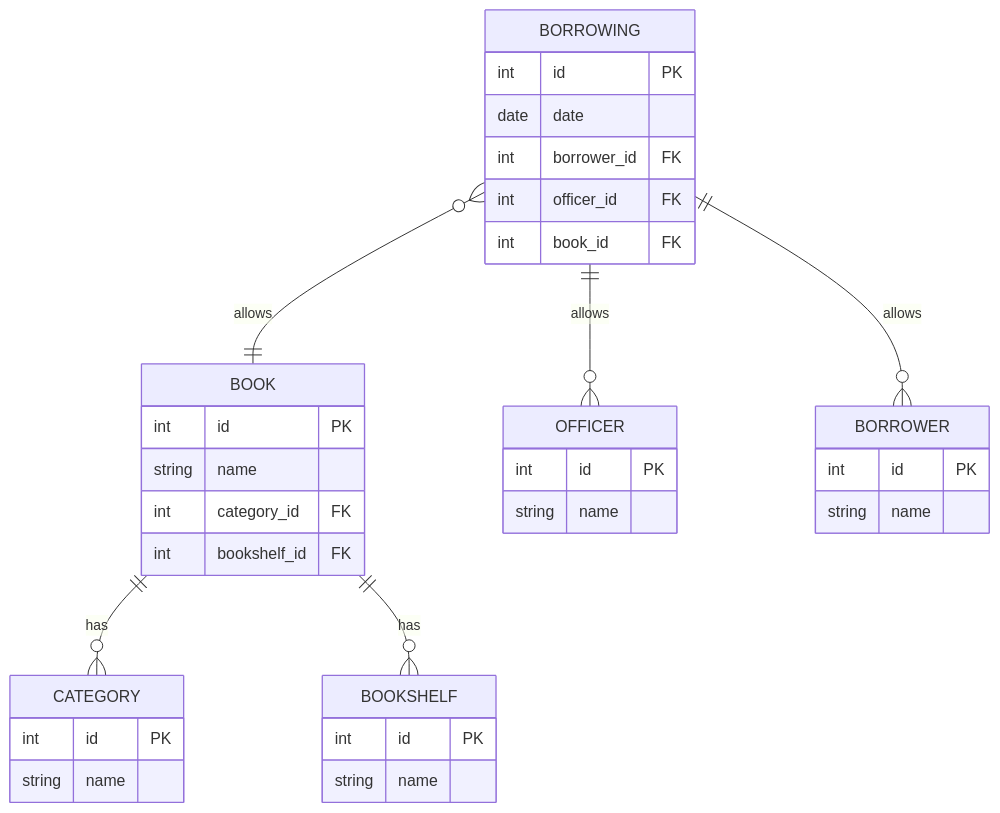
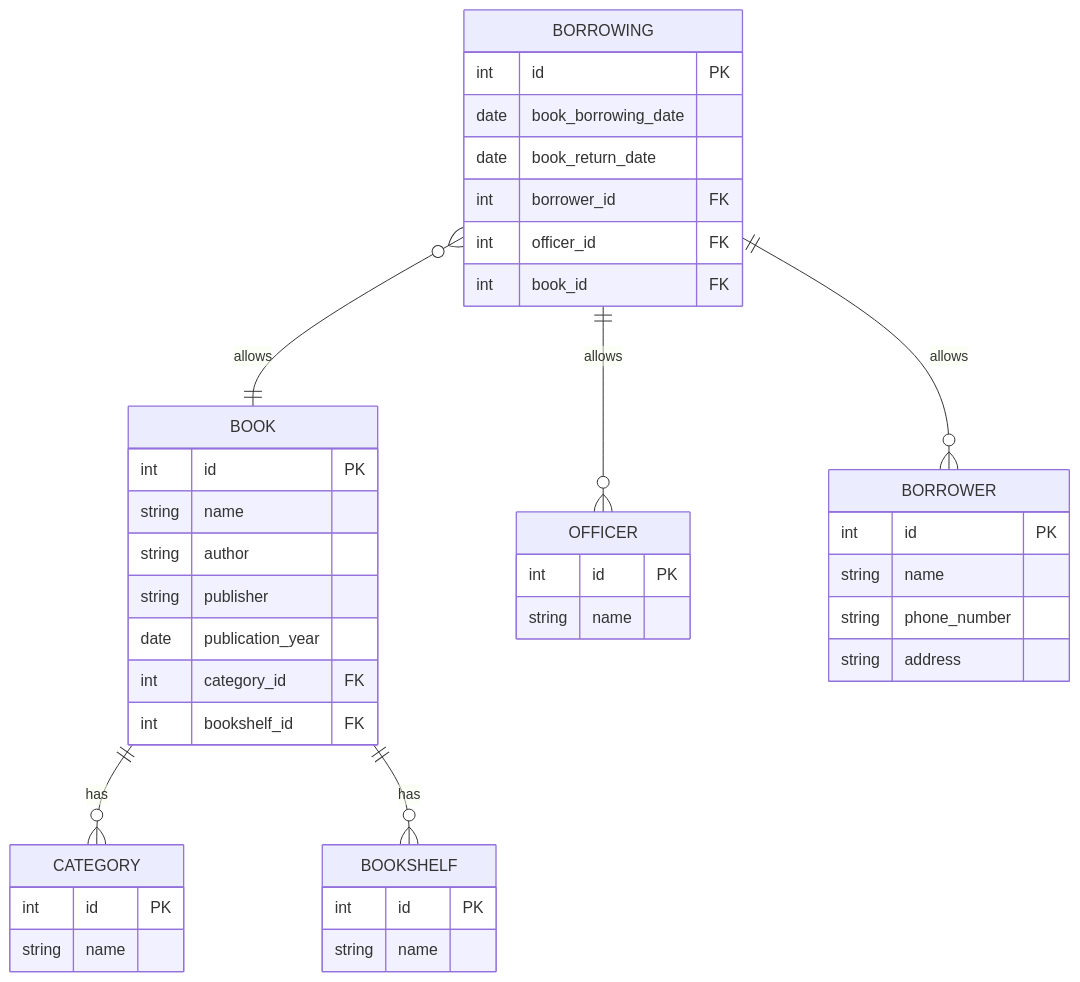
Before and after one commit to mfchrzlmzakky/koda-b1-db1: the diagram in koda-b1-db1-perpustakaan.md, drawn with Mermaid.

Commit message:
fix: update attributes of book, borrower, and borrowing entity

````diff
--- a/koda-b1-db1-perpustakaan.md
+++ b/koda-b1-db1-perpustakaan.md
@@ -3,45 +3,51 @@
 ```mermaid
 erDiagram
 
 
 BOOK ||--o{ CATEGORY : has
 BOOK ||--o{ BOOKSHELF : has
 BOOK {
   int id PK
   string name
+  string author
+  string publisher
+  date publication_year
   int category_id FK
   int bookshelf_id FK
 }
 
 CATEGORY {
  int id PK
  string name
 }
 
 BOOKSHELF{
   int id PK
   string name
 }
 
 OFFICER {
   int id PK
   string name
 }
 
 BORROWER {
   int id PK
   string name
+  string phone_number
+  string address
 }
 
 BORROWING }o--|| BOOK : allows
 BORROWING ||--o{ OFFICER : allows
 BORROWING ||--o{ BORROWER : allows
 BORROWING {
   int id PK
-  date date
+  date book_borrowing_date
+  date book_return_date
   int borrower_id FK
   int officer_id FK
   int book_id FK
 }
 
 ```
````
